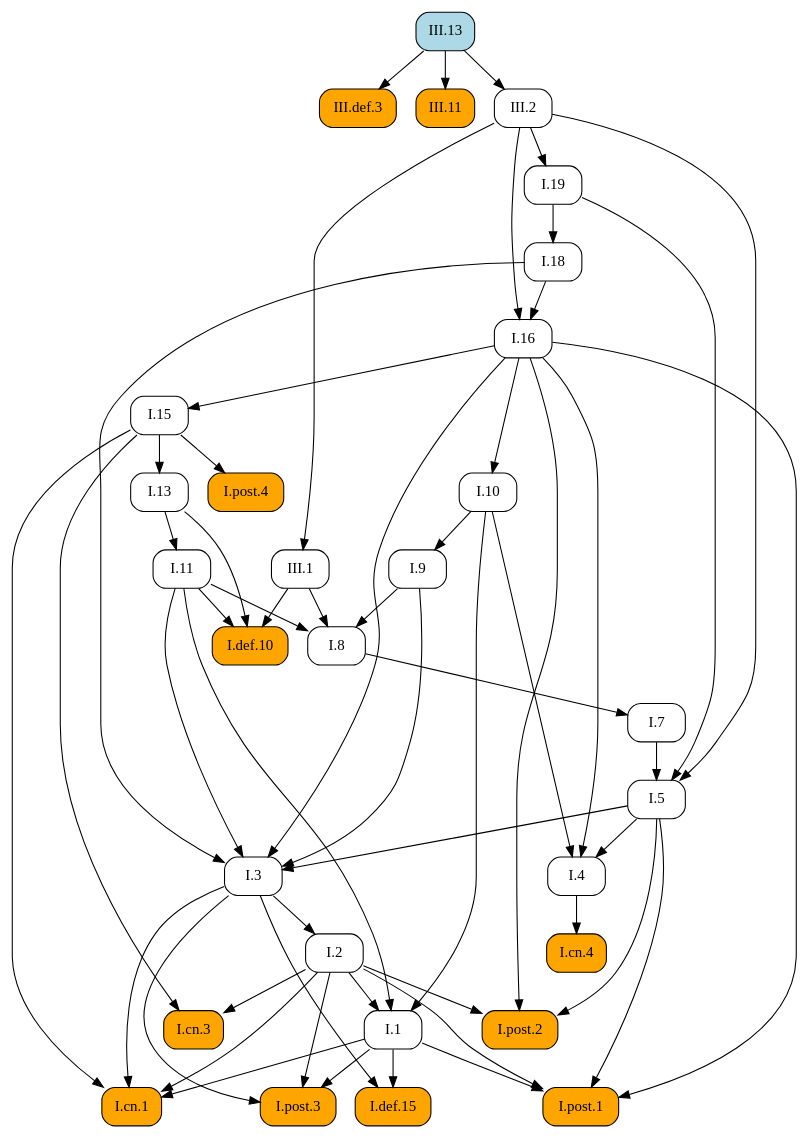
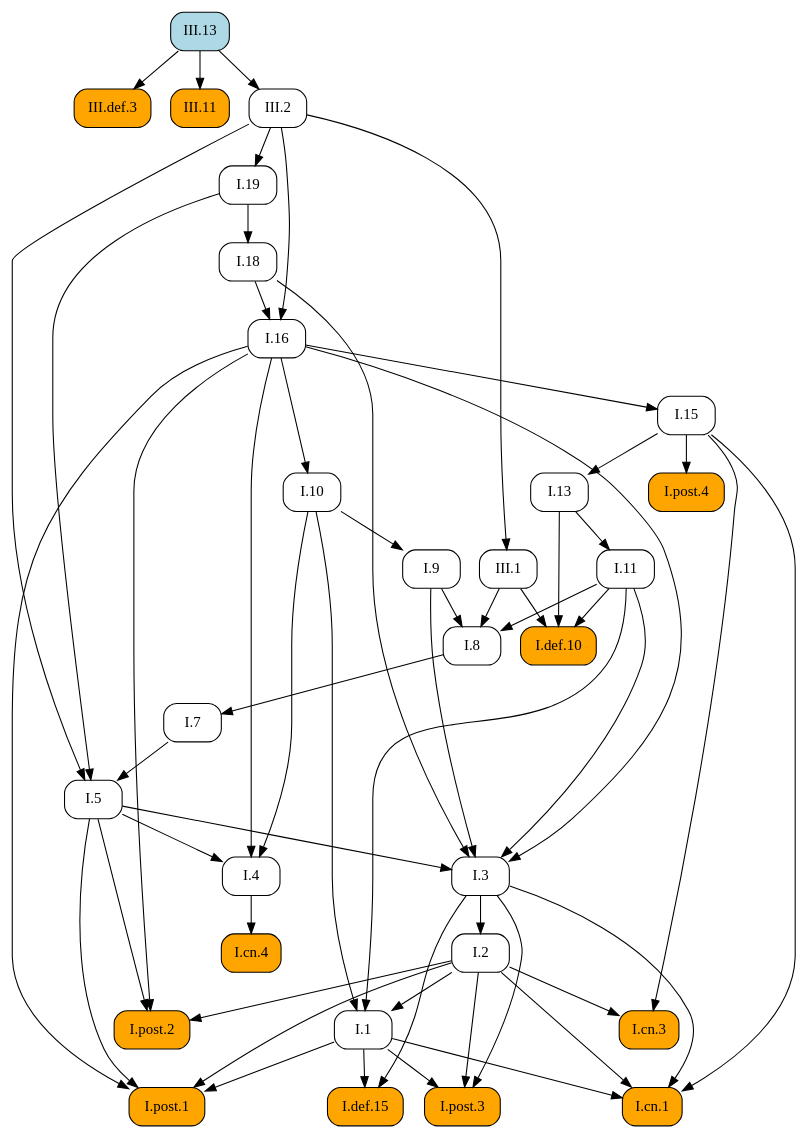
Before and after one commit to geometor/elements: the diagram in docsrc/elements2/III/13/index.rst, drawn with Graphviz. The commit also changed other lines of this file and 171 other files, not shown here.

```diff
--- a/docsrc/elements2/III/13/index.rst
+++ b/docsrc/elements2/III/13/index.rst
@@ -86,88 +86,88 @@
    digraph {
      rankdir="TB";
      node [shape=box, style=rounded];
+     "I.8" [URL="/elements2/I/8/", target="_top"];
+     "I.19" [URL="/elements2/I/19/", target="_top"];
+     "I.1" [URL="/elements2/I/1/", target="_top"];
+     "I.cn.3" [style="rounded,filled", fillcolor=orange, URL="/elements2/I/cn.3/", target="_top"];
+     "I.cn.4" [style="rounded,filled", fillcolor=orange, URL="/elements2/I/cn.4/", target="_top"];
+     "III.13" [style="rounded,filled", fillcolor=lightblue, URL="/elements2/III/13/", target="_top"];
+     "I.7" [URL="/elements2/I/7/", target="_top"];
+     "I.post.1" [style="rounded,filled", fillcolor=orange, URL="/elements2/I/post.1/", target="_top"];
+     "I.9" [URL="/elements2/I/9/", target="_top"];
+     "I.5" [URL="/elements2/I/5/", target="_top"];
+     "I.cn.1" [style="rounded,filled", fillcolor=orange, URL="/elements2/I/cn.1/", target="_top"];
      "III.def.3" [style="rounded,filled", fillcolor=orange, URL="/elements2/III/def.3/", target="_top"];
+     "I.def.10" [style="rounded,filled", fillcolor=orange, URL="/elements2/I/def.10/", target="_top"];
      "I.16" [URL="/elements2/I/16/", target="_top"];
-     "I.def.10" [style="rounded,filled", fillcolor=orange, URL="/elements2/I/def.10/", target="_top"];
-     "I.9" [URL="/elements2/I/9/", target="_top"];
+     "I.18" [URL="/elements2/I/18/", target="_top"];
+     "I.13" [URL="/elements2/I/13/", target="_top"];
+     "I.post.4" [style="rounded,filled", fillcolor=orange, URL="/elements2/I/post.4/", target="_top"];
+     "I.2" [URL="/elements2/I/2/", target="_top"];
      "III.11" [style="rounded,filled", fillcolor=orange, URL="/elements2/III/11/", target="_top"];
-     "I.18" [URL="/elements2/I/18/", target="_top"];
-     "I.8" [URL="/elements2/I/8/", target="_top"];
-     "I.2" [URL="/elements2/I/2/", target="_top"];
+     "I.def.15" [style="rounded,filled", fillcolor=orange, URL="/elements2/I/def.15/", target="_top"];
+     "I.4" [URL="/elements2/I/4/", target="_top"];
+     "III.1" [URL="/elements2/III/1/", target="_top"];
+     "I.11" [URL="/elements2/I/11/", target="_top"];
+     "I.10" [URL="/elements2/I/10/", target="_top"];
      "I.15" [URL="/elements2/I/15/", target="_top"];
-     "I.def.15" [style="rounded,filled", fillcolor=orange, URL="/elements2/I/def.15/", target="_top"];
-     "I.cn.4" [style="rounded,filled", fillcolor=orange, URL="/elements2/I/cn.4/", target="_top"];
+     "I.3" [URL="/elements2/I/3/", target="_top"];
+     "I.post.2" [style="rounded,filled", fillcolor=orange, URL="/elements2/I/post.2/", target="_top"];
+     "III.2" [URL="/elements2/III/2/", target="_top"];
      "I.post.3" [style="rounded,filled", fillcolor=orange, URL="/elements2/I/post.3/", target="_top"];
-     "III.2" [URL="/elements2/III/2/", target="_top"];
-     "III.1" [URL="/elements2/III/1/", target="_top"];
-     "I.1" [URL="/elements2/I/1/", target="_top"];
-     "III.13" [style="rounded,filled", fillcolor=lightblue, URL="/elements2/III/13/", target="_top"];
-     "I.post.2" [style="rounded,filled", fillcolor=orange, URL="/elements2/I/post.2/", target="_top"];
-     "I.13" [URL="/elements2/I/13/", target="_top"];
-     "I.10" [URL="/elements2/I/10/", target="_top"];
-     "I.post.1" [style="rounded,filled", fillcolor=orange, URL="/elements2/I/post.1/", target="_top"];
-     "I.7" [URL="/elements2/I/7/", target="_top"];
-     "I.post.4" [style="rounded,filled", fillcolor=orange, URL="/elements2/I/post.4/", target="_top"];
-     "I.cn.1" [style="rounded,filled", fillcolor=orange, URL="/elements2/I/cn.1/", target="_top"];
-     "I.3" [URL="/elements2/I/3/", target="_top"];
-     "I.cn.3" [style="rounded,filled", fillcolor=orange, URL="/elements2/I/cn.3/", target="_top"];
-     "I.11" [URL="/elements2/I/11/", target="_top"];
-     "I.19" [URL="/elements2/I/19/", target="_top"];
-     "I.5" [URL="/elements2/I/5/", target="_top"];
-     "I.4" [URL="/elements2/I/4/", target="_top"];
-     "III.13" -> "III.def.3";
-     "I.18" -> "I.16";
-     "III.2" -> "I.16";
-     "I.11" -> "I.def.10";
-     "I.13" -> "I.def.10";
-     "III.1" -> "I.def.10";
-     "I.10" -> "I.9";
-     "III.13" -> "III.11";
-     "I.19" -> "I.18";
      "I.9" -> "I.8";
      "I.11" -> "I.8";
      "III.1" -> "I.8";
-     "I.3" -> "I.2";
-     "I.16" -> "I.15";
-     "I.1" -> "I.def.15";
-     "I.3" -> "I.def.15";
-     "I.4" -> "I.cn.4";
-     "I.1" -> "I.post.3";
-     "I.2" -> "I.post.3";
-     "I.3" -> "I.post.3";
-     "III.13" -> "III.2";
-     "III.2" -> "III.1";
+     "III.2" -> "I.19";
      "I.2" -> "I.1";
      "I.10" -> "I.1";
      "I.11" -> "I.1";
-     "I.2" -> "I.post.2";
-     "I.5" -> "I.post.2";
-     "I.16" -> "I.post.2";
-     "I.15" -> "I.13";
-     "I.16" -> "I.10";
+     "I.2" -> "I.cn.3";
+     "I.15" -> "I.cn.3";
+     "I.4" -> "I.cn.4";
+     "I.8" -> "I.7";
      "I.1" -> "I.post.1";
      "I.2" -> "I.post.1";
      "I.5" -> "I.post.1";
      "I.16" -> "I.post.1";
-     "I.8" -> "I.7";
-     "I.15" -> "I.post.4";
+     "I.10" -> "I.9";
+     "I.7" -> "I.5";
+     "I.19" -> "I.5";
+     "III.2" -> "I.5";
      "I.1" -> "I.cn.1";
      "I.2" -> "I.cn.1";
      "I.3" -> "I.cn.1";
      "I.15" -> "I.cn.1";
+     "III.13" -> "III.def.3";
+     "I.11" -> "I.def.10";
+     "I.13" -> "I.def.10";
+     "III.1" -> "I.def.10";
+     "I.18" -> "I.16";
+     "III.2" -> "I.16";
+     "I.19" -> "I.18";
+     "I.15" -> "I.13";
+     "I.15" -> "I.post.4";
+     "I.3" -> "I.2";
+     "III.13" -> "III.11";
+     "I.1" -> "I.def.15";
+     "I.3" -> "I.def.15";
+     "I.5" -> "I.4";
+     "I.10" -> "I.4";
+     "I.16" -> "I.4";
+     "III.2" -> "III.1";
+     "I.13" -> "I.11";
+     "I.16" -> "I.10";
+     "I.16" -> "I.15";
      "I.5" -> "I.3";
      "I.9" -> "I.3";
      "I.11" -> "I.3";
      "I.16" -> "I.3";
      "I.18" -> "I.3";
-     "I.2" -> "I.cn.3";
-     "I.15" -> "I.cn.3";
-     "I.13" -> "I.11";
-     "III.2" -> "I.19";
-     "I.7" -> "I.5";
-     "I.19" -> "I.5";
-     "III.2" -> "I.5";
-     "I.5" -> "I.4";
-     "I.10" -> "I.4";
-     "I.16" -> "I.4";
+     "I.2" -> "I.post.2";
+     "I.5" -> "I.post.2";
+     "I.16" -> "I.post.2";
+     "III.13" -> "III.2";
+     "I.1" -> "I.post.3";
+     "I.2" -> "I.post.3";
+     "I.3" -> "I.post.3";
    }
```
